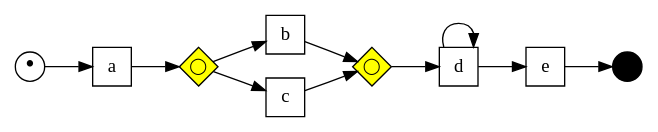
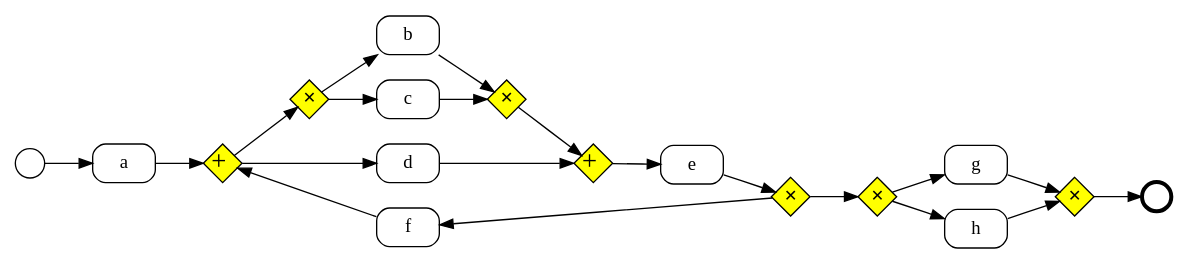
The diagram in PracaInzynierskaTex/examples/v8a5c40l5.csv_run-24_21_3_6_211037_47336_515221/graph.gv (psm8/automated-business-process-discovery), drawn with Graphviz before and after one commit. The commit also changed 18 other files, not shown here.

```diff
--- a/PracaInzynierskaTex/examples/v8a5c40l5.csv_run-24_21_3_6_211037_47336_515221/graph.gv
+++ b/PracaInzynierskaTex/examples/v8a5c40l5.csv_run-24_21_3_6_211037_47336_515221/graph.gv
@@ -1,40 +1,46 @@
 digraph G {
   rankdir=LR;
   subgraph place {
     node [shape=circle,fixedsize=true,label="",height=.3,width=.3];
-    in [label="&bull;", fontsize=20];
-    out [style=filled,fillcolor=black];
+    in;
+    out[penwidth=3];
   }
   subgraph xorgate {
     node [shape=diamond,fixedsize=true,width=.4,height=.4,label=<&#x2715;>,fontsize=12,style=filled,fillcolor=yellow]
-  
+    x1; x2; x3; x4; x6
   }
   subgraph andgate {
-  node [shape=diamond,fixedsize=true,width=.4,height=.4 label=<&#43;>,fontsize=20,style=filled,fillcolor=yellow]
-  
+    node [shape=diamond,fixedsize=true,width=.4,height=.4 label=<&#43;>,fontsize=20,style=filled,fillcolor=yellow]
+    a1; a2;
   }
   subgraph optgate {
     node [shape=diamond,fixedsize=true,width=.4,height=.4,label=<&#9711;>,fontsize=12,style=filled,fillcolor=yellow]
-    o1;o2;
+
   }
   subgraph transitions {
-    node [shape=rect,height=0.4,width=.4];
-    a; b; c; d; e
+    node [shape=Mrecord,height=0.4,width=.65];
+    a; b; c; d; e; f; g; h;
   }
   subgraph skip {
     node [shape=rect,label="",height=0.4,width=.4,style=filled,fillcolor=black];
-    
+
   }
 
   # align horizontally
-  {edge [weight=1]; a;d}
+  {edge [weight=1]; a;e}
 
-  in->a->o1; 
-  o1->b->o2;
-  o1->c->o2;
-  o2->d;
-  d->d;
-  d->e->out
+  in->a;
+  x1->b->x2;
+  x1->c->x2;
+  a->a1->x1;
+  x2->a2;
+  a1->d->a2;
+  a2->e;
+  x6->x3;
+  e->x6->f->a1;
+  x3->g->x4;
+  x3->h->x4;
+  x4->out;
   # align vertically
-  {rank=same; b;c}
+  {rank=same; b;c;d;f}
 }
```
